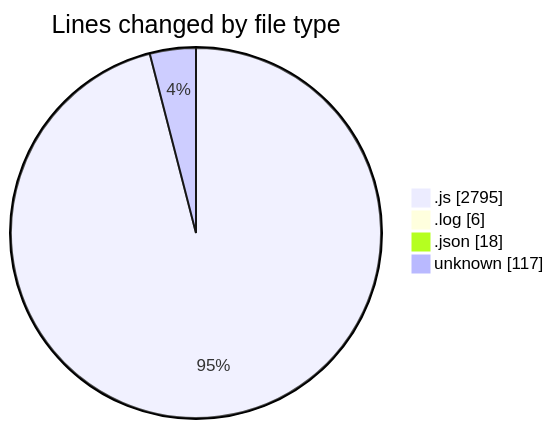
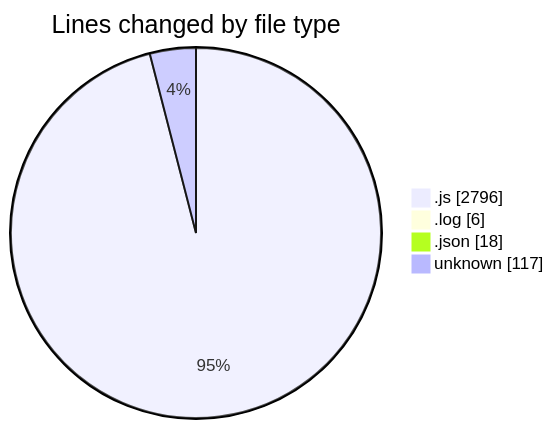
Before and after one commit to BS-eng2023/code-tracking: the first of 2 diagrams in 2025-03-31/jsvms/README.md, drawn with Mermaid. The commit also changed other lines of this file and 1 other file, not shown here.

````diff
--- a/2025-03-31/jsvms/README.md
+++ b/2025-03-31/jsvms/README.md
@@ -50,8 +50,8 @@
 ```mermaid
 pie showData
 title Lines changed by file type
-".js" : 2795
+".js" : 2796
 ".log" : 6
 ".json" : 18
 "unknown" : 117
 ```
````
